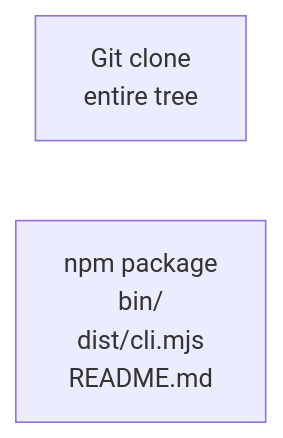
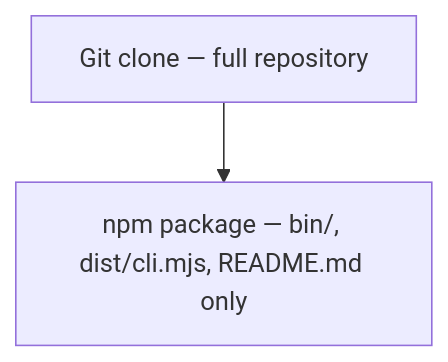
Before and after one commit to dxiv/dxa-agent: the second of 2 diagrams in README.md, drawn with Mermaid. The commit also changed other lines of this file, not shown here.

Commit message:
docs(readme): shorter Mermaid labels, vertical stack; UK artefacts

````diff
--- a/README.md
+++ b/README.md
@@ -280,5 +290,6 @@
 ```mermaid
-flowchart LR
-  CLONE["Git clone<br/>entire tree"]
-  NPM["npm package<br/>bin/<br/>dist/cli.mjs<br/>README.md"]
+flowchart TB
+  CLONE["Git clone — full repository"]
+  NPM["npm package — bin/, dist/cli.mjs, README.md only"]
+  CLONE --> NPM
 ```
````
